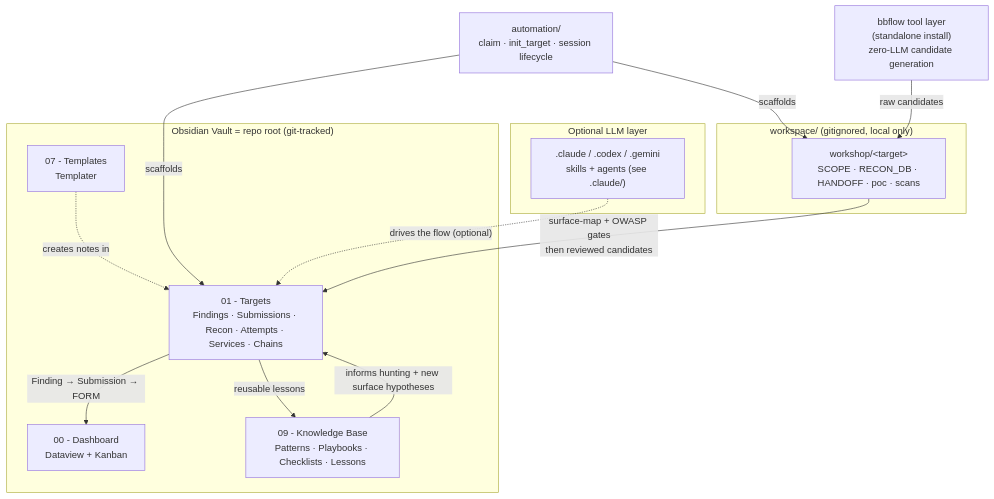
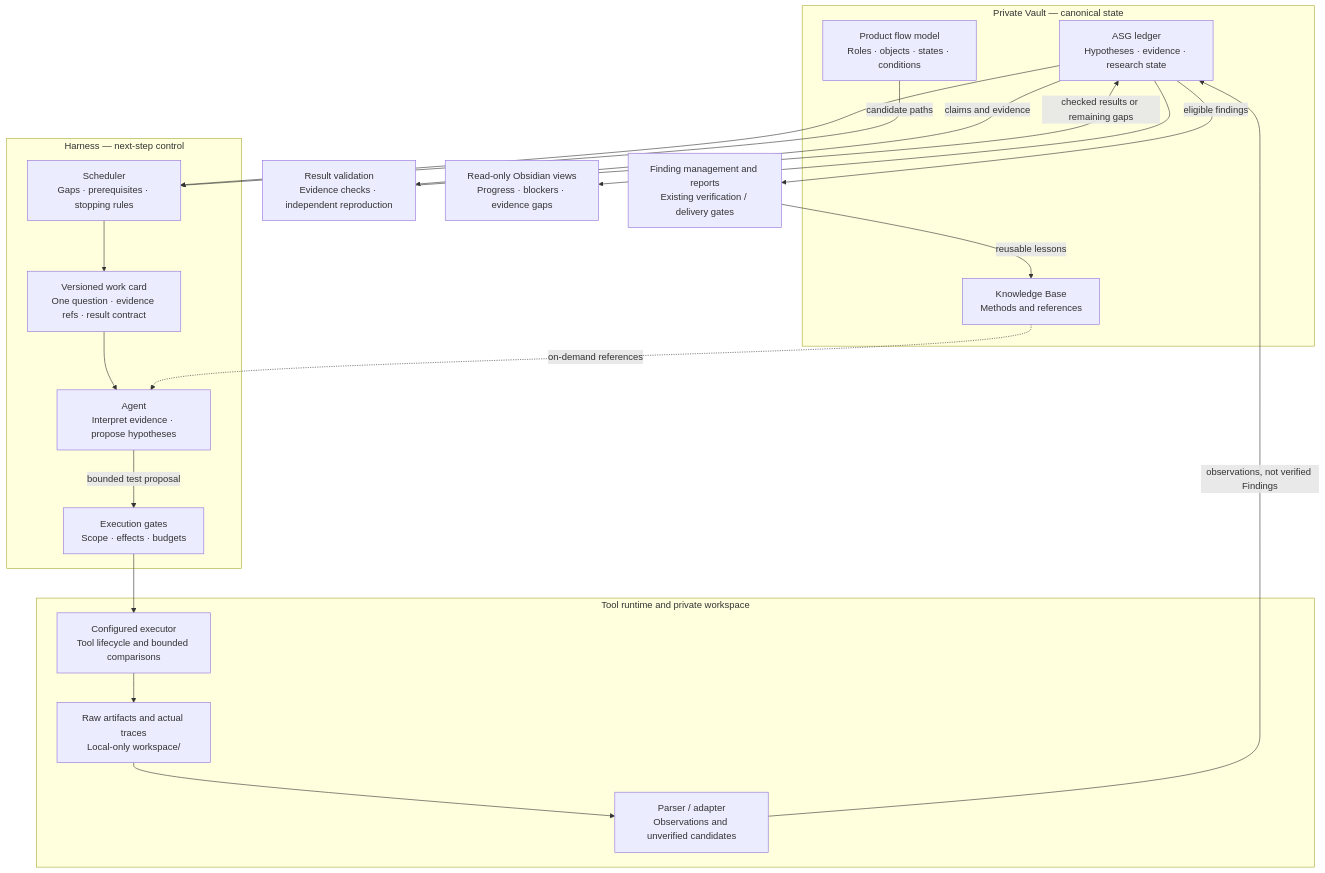
Before and after one commit to guan4tou2/bug-bounty-vault-framework: the first of 2 diagrams in README.md, drawn with Mermaid. The commit also changed other lines of this file and 3 other files, not shown here.

Commit message:
docs: align architecture diagrams with evidence-driven research loop

````diff
--- a/README.md
+++ b/README.md
@@ -16,27 +16,34 @@
 ```mermaid
 flowchart TB
-  subgraph VAULT["Obsidian Vault = repo root (git-tracked)"]
-    DASH["00 - Dashboard<br/>Dataview + Kanban"]
-    TGT["01 - Targets<br/>Findings · Submissions · Recon · Attempts · Services · Chains"]
-    TPL["07 - Templates<br/>Templater"]
-    KB["09 - Knowledge Base<br/>Patterns · Playbooks · Checklists · Lessons"]
+  subgraph STATE["Private Vault — canonical state"]
+    ASG["ASG ledger<br/>Hypotheses · evidence · research state"]
+    EFSM["Product flow model<br/>Roles · objects · states · conditions"]
+    KB["Knowledge Base<br/>Methods and references"]
   end
-  subgraph LLM["Optional LLM layer"]
-    SK[".claude / .codex / .gemini<br/>skills + agents (see .claude/)"]
+  subgraph HARNESS["Harness — next-step control"]
+    NEXT["Scheduler<br/>Gaps · prerequisites · stopping rules"]
+    CARD["Versioned work card<br/>One question · evidence refs · result contract"]
+    AGENT["Agent<br/>Interpret evidence · propose hypotheses"]
+    GATE["Execution gates<br/>Scope · effects · budgets"]
   end
-  subgraph LOCAL["workspace/ (gitignored, local only)"]
-    WS["workshop/&lt;target&gt;<br/>SCOPE · RECON_DB · HANDOFF · poc · scans"]
+  subgraph EXECUTION["Tool runtime and private workspace"]
+    TOOL["Configured executor<br/>Tool lifecycle and bounded comparisons"]
+    RAW["Raw artifacts and actual traces<br/>Local-only workspace/"]
+    IMPORT["Parser / adapter<br/>Observations and unverified candidates"]
   end
-  AUTO["automation/<br/>claim · init_target · session lifecycle"]
-  HUNT["bbflow tool layer<br/>(standalone install)<br/>zero-LLM candidate generation"]
-
-  AUTO -->|scaffolds| TGT
-  AUTO -->|scaffolds| WS
-  HUNT -->|"raw candidates"| WS
-  WS -->|"surface-map + OWASP gates<br/>then reviewed candidates"| TGT
-  TGT -->|"Finding → Submission → FORM"| DASH
-  TGT -->|"reusable lessons"| KB
-  KB -->|"informs hunting + new surface hypotheses"| TGT
-  TPL -.->|"creates notes in"| TGT
-  SK -.->|"drives the flow (optional)"| TGT
+  CHECK["Result validation<br/>Evidence checks · independent reproduction"]
+  DELIVERY["Finding management and reports<br/>Existing verification / delivery gates"]
+  VIEW["Read-only Obsidian views<br/>Progress · blockers · evidence gaps"]
+  ASG --> NEXT
+  EFSM -->|"candidate paths"| NEXT
+  NEXT --> CARD --> AGENT
+  KB -.->|"on-demand references"| AGENT
+  AGENT -->|"bounded test proposal"| GATE
+  GATE --> TOOL --> RAW --> IMPORT
+  IMPORT -->|"observations, not verified Findings"| ASG
+  ASG -->|"claims and evidence"| CHECK
+  CHECK -->|"checked results or remaining gaps"| ASG
+  ASG -->|"eligible findings"| DELIVERY
+  ASG --> VIEW
+  DELIVERY -->|"reusable lessons"| KB
 ```
````
